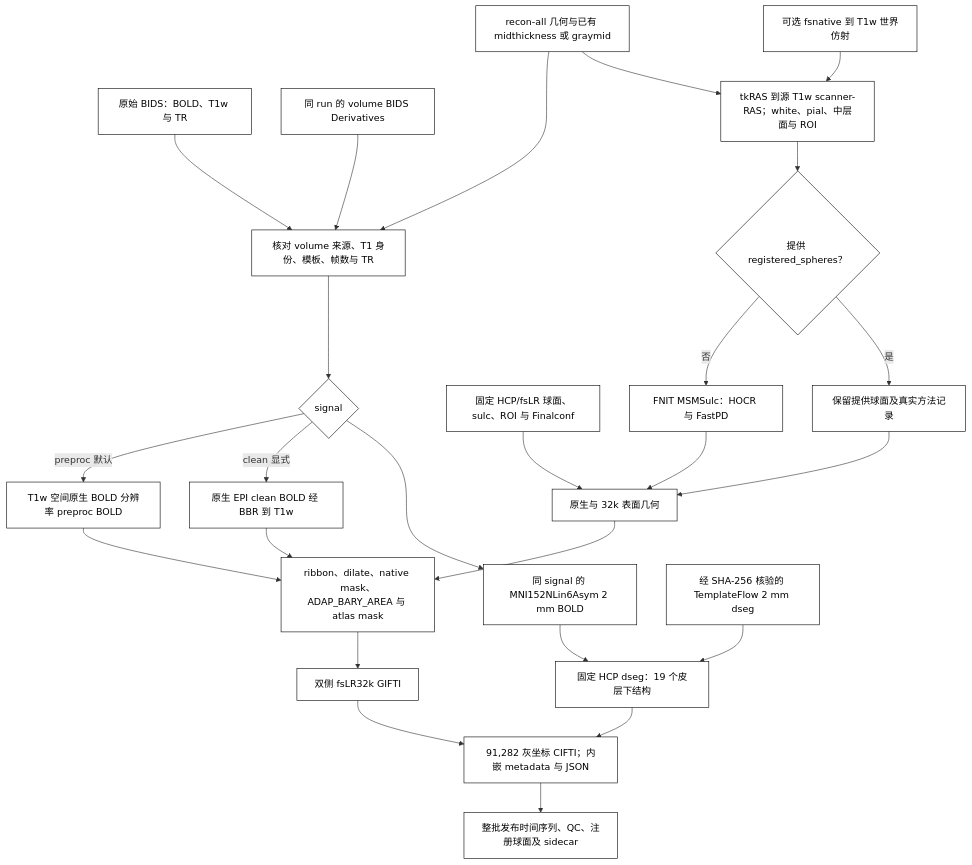
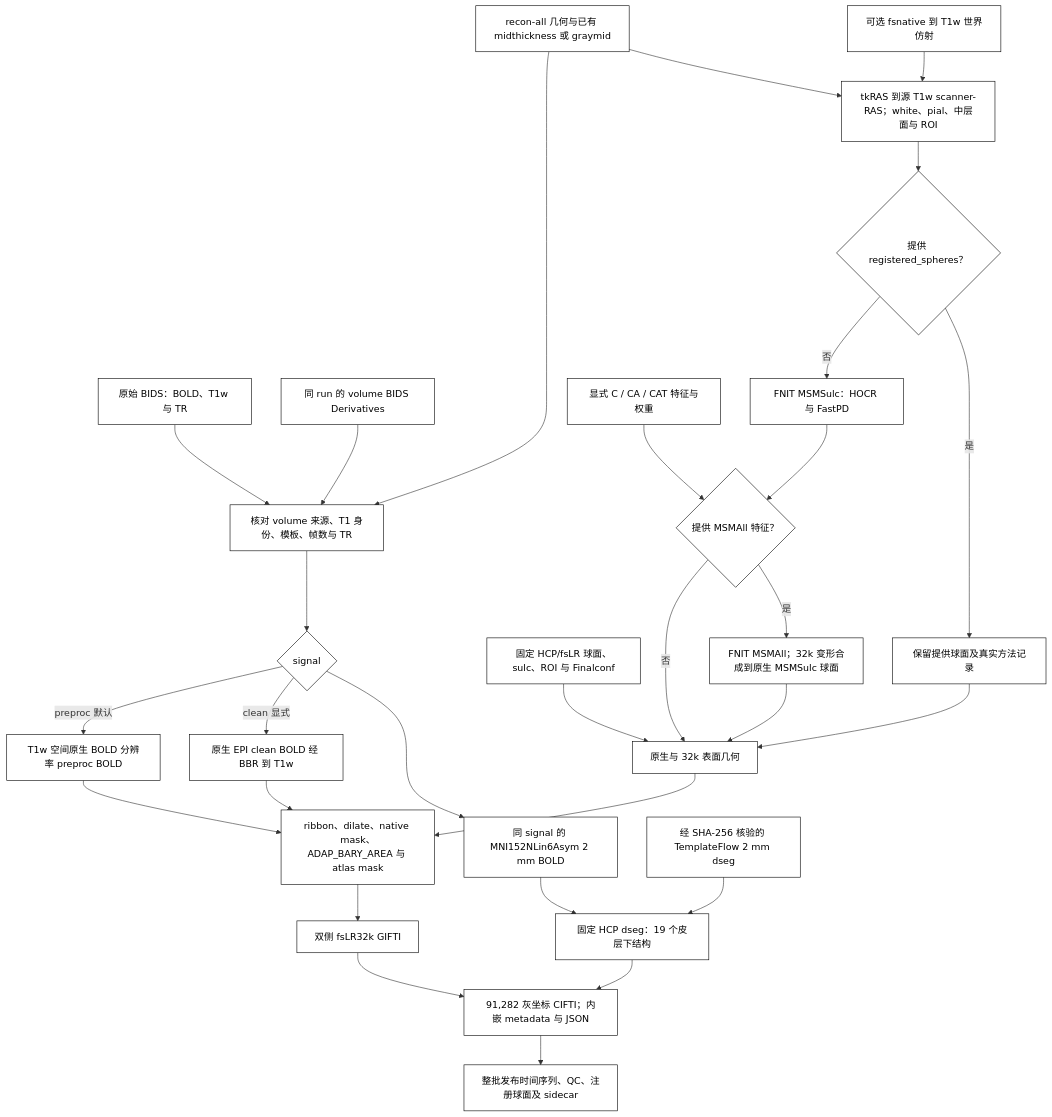
Before and after one commit to weikanggong1/Fudan-Neuroimaging-toolkit: the diagram in docs/fmri/surface.md, drawn with Mermaid. The commit also changed other lines of this file and 45 other files, not shown here.

````diff
--- a/docs/fmri/surface.md
+++ b/docs/fmri/surface.md
@@ -13,26 +15,29 @@
 ```mermaid
 flowchart TD
     RAW["原始 BIDS：BOLD、T1w 与 TR"] --> CHECK["核对 volume 来源、T1 身份、模板、帧数与 TR"]
     VOL["同 run 的 volume BIDS Derivatives"] --> CHECK
     FS["recon-all 几何与已有 midthickness 或 graymid"] --> CHECK
     CHECK --> SIGNAL{"signal"}
     SIGNAL -- preproc 默认 --> T1BOLD["T1w 空间原生 BOLD 分辨率 preproc BOLD"]
     SIGNAL -- clean 显式 --> CLEAN["原生 EPI clean BOLD 经 BBR 到 T1w"]
     SIGNAL --> MNI["同 signal 的 MNI152NLin6Asym 2 mm BOLD"]
     FS --> GEO["tkRAS 到源 T1w scanner-RAS；white、pial、中层面与 ROI"]
     XFM["可选 fsnative 到 T1w 世界仿射"] --> GEO
     HCP["固定 HCP/fsLR 球面、sulc、ROI 与 Finalconf"] --> READY["原生与 32k 表面几何"]
     GEO --> SPHERE{"提供 registered_spheres？"}
-    SPHERE -- 否 --> MSM["FNIT MSMSulc：HOCR 与 FastPD"] --> READY
+    SPHERE -- 否 --> MSM["FNIT MSMSulc：HOCR 与 FastPD"] --> REFINE{"提供 MSMAll 特征？"}
+    REFINE -- 否 --> READY
+    FEATURES["显式 C / CA / CAT 特征与权重"] --> REFINE
+    REFINE -- 是 --> MSMALL["FNIT MSMAll；32k 变形合成到原生 MSMSulc 球面"] --> READY
     SPHERE -- 是 --> PROVIDED["保留提供球面及真实方法记录"] --> READY
     T1BOLD --> PROJ["ribbon、dilate、native mask、ADAP_BARY_AREA 与 atlas mask"]
     CLEAN --> PROJ
     READY --> PROJ
     PROJ --> GIFTI["双侧 fsLR32k GIFTI"]
     MNI --> SUB["固定 HCP dseg：19 个皮层下结构"]
     DSEG["经 SHA-256 核验的 TemplateFlow 2 mm dseg"] --> SUB
     GIFTI --> CIFTI["91,282 灰坐标 CIFTI；内嵌 metadata 与 JSON"]
     SUB --> CIFTI
     CIFTI --> OUT["整批发布时间序列、QC、注册球面及 sidecar"]
     classDef default fill:#ffffff,stroke:#000000,color:#000000;
 ```
````
